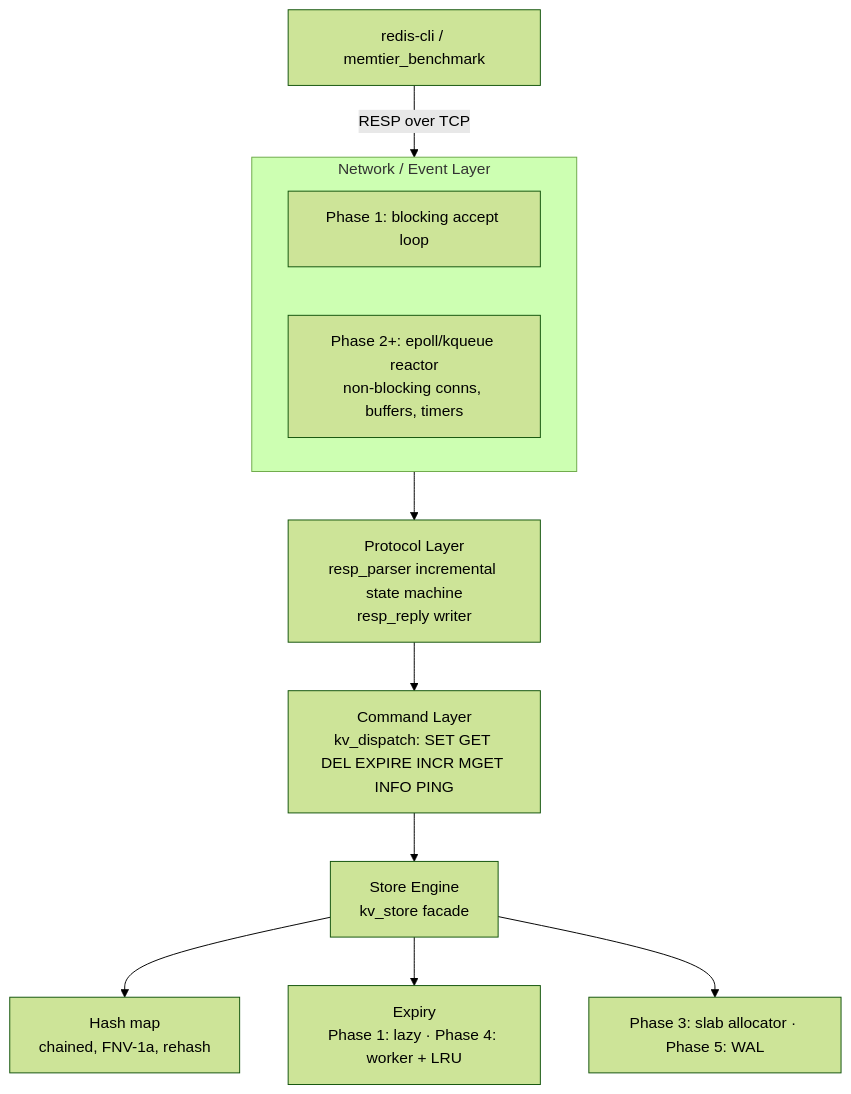
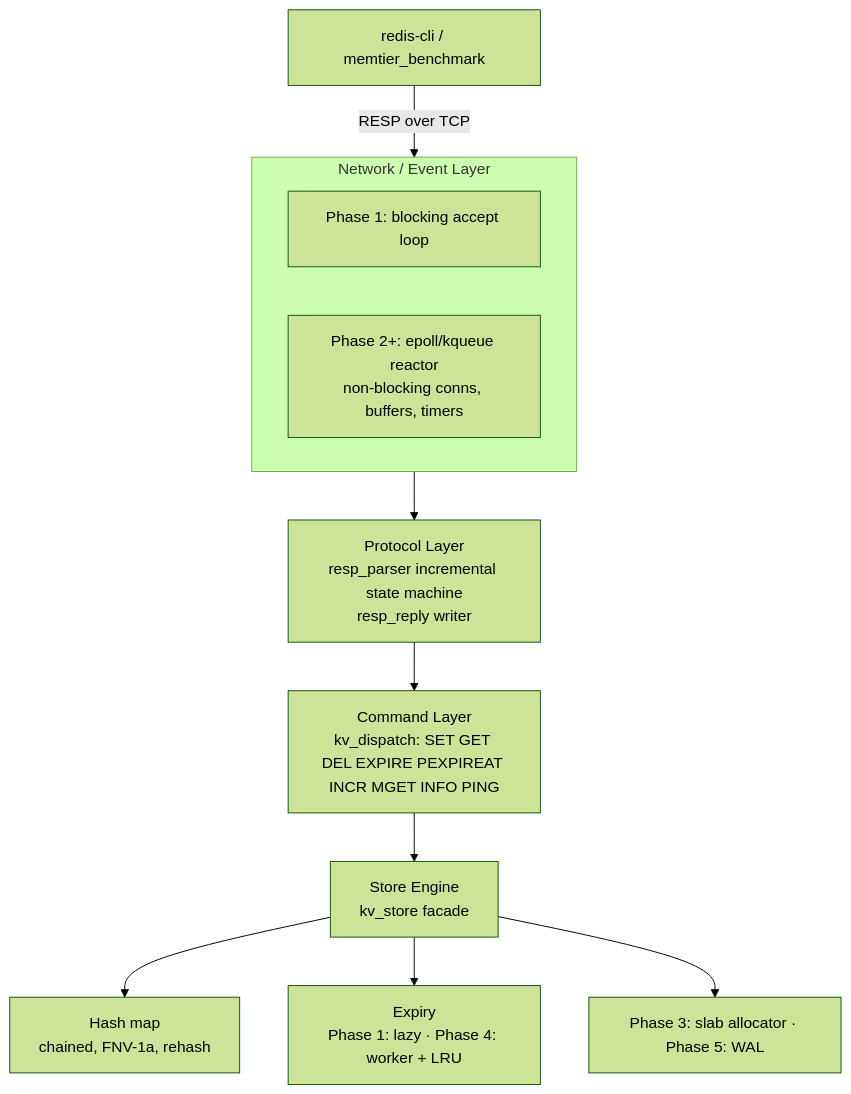
The diagram in docs/ARCHITECTURE.md (aritraio/ReactorKV), drawn with Mermaid (forest theme) before and after one commit. The commit also changed other lines of this file and 16 other files, not shown here.

````diff
--- a/docs/ARCHITECTURE.md
+++ b/docs/ARCHITECTURE.md
@@ -51,14 +51,14 @@
 ```mermaid
 flowchart TB
     C[redis-cli / memtier_benchmark] -->|RESP over TCP| NET
     subgraph NET[Network / Event Layer]
         P1[Phase 1: blocking accept loop]
         P2[Phase 2+: epoll/kqueue reactor<br/>non-blocking conns, buffers, timers]
     end
     NET --> PROTO[Protocol Layer<br/>resp_parser incremental state machine<br/>resp_reply writer]
-    PROTO --> CMD[Command Layer<br/>kv_dispatch: SET GET DEL EXPIRE INCR MGET INFO PING]
+    PROTO --> CMD[Command Layer<br/>kv_dispatch: SET GET DEL EXPIRE PEXPIREAT INCR MGET INFO PING]
     CMD --> STORE[Store Engine<br/>kv_store facade]
     STORE --> HM[Hash map<br/>chained, FNV-1a, rehash]
     STORE --> EXP[Expiry<br/>Phase 1: lazy · Phase 4: worker + LRU]
     STORE --> FUT[Phase 3: slab allocator · Phase 5: WAL]
 ```
````
